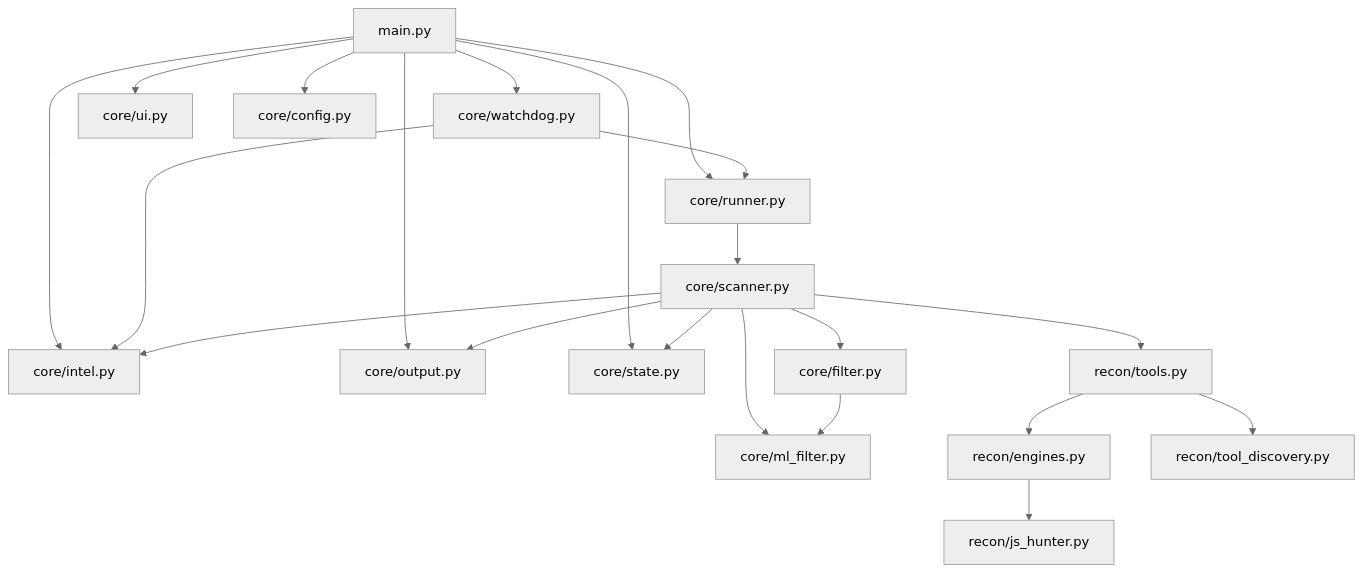
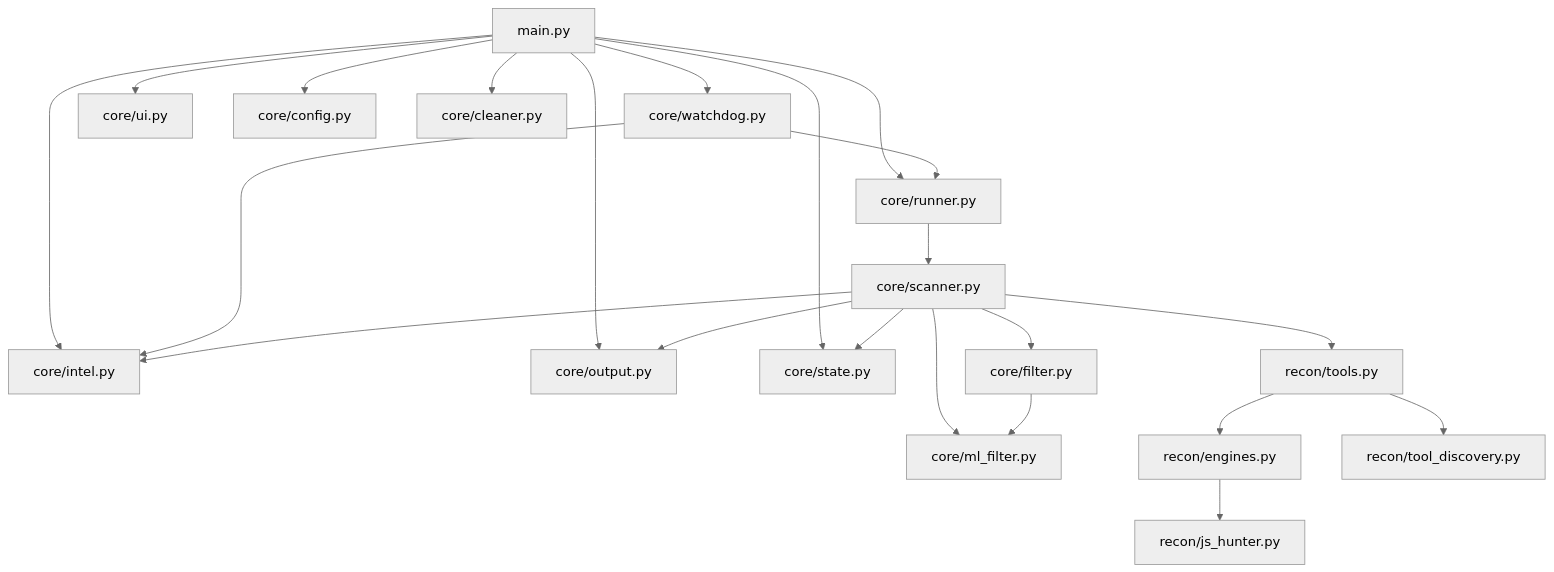
One commit to lfsp-git/bug-bounty changed the first of 2 diagrams in docs/architecture_diagram.md. Above: the diagram before and after it, drawn with Mermaid (neutral theme). The commit also changed other lines of this file and 7 other files, not shown here.

````diff
--- a/docs/architecture_diagram.md
+++ b/docs/architecture_diagram.md
@@ -5,27 +5,28 @@
 ```mermaid
 graph TD
     CLI[main.py] --> RUN[core/runner.py]
     CLI --> INTEL[core/intel.py]
     CLI --> OUT[core/output.py]
     CLI --> ST[core/state.py]
     CLI --> WD[core/watchdog.py]
     CLI --> UI[core/ui.py]
     CLI --> CFG[core/config.py]
+    CLI --> CLN[core/cleaner.py]
 
     RUN --> SCN[core/scanner.py]
     WD --> RUN
     WD --> INTEL
 
     SCN --> TOOLS[recon/tools.py]
     SCN --> FIL[core/filter.py]
     SCN --> ML[core/ml_filter.py]
     SCN --> OUT
     SCN --> ST
     SCN --> INTEL
 
     TOOLS --> ENG[recon/engines.py]
     TOOLS --> TD[recon/tool_discovery.py]
     ENG --> JSH[recon/js_hunter.py]
 
     FIL --> ML
 ```
````
